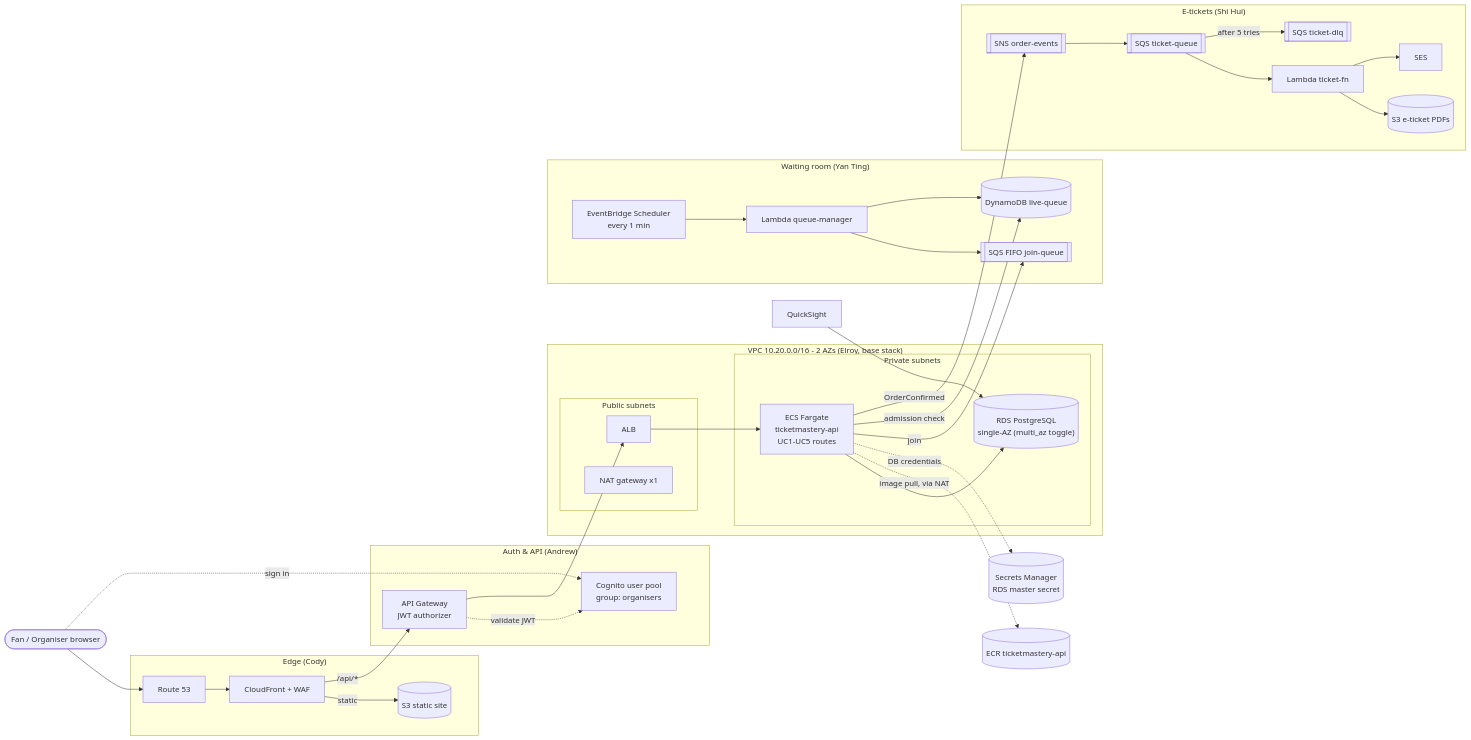
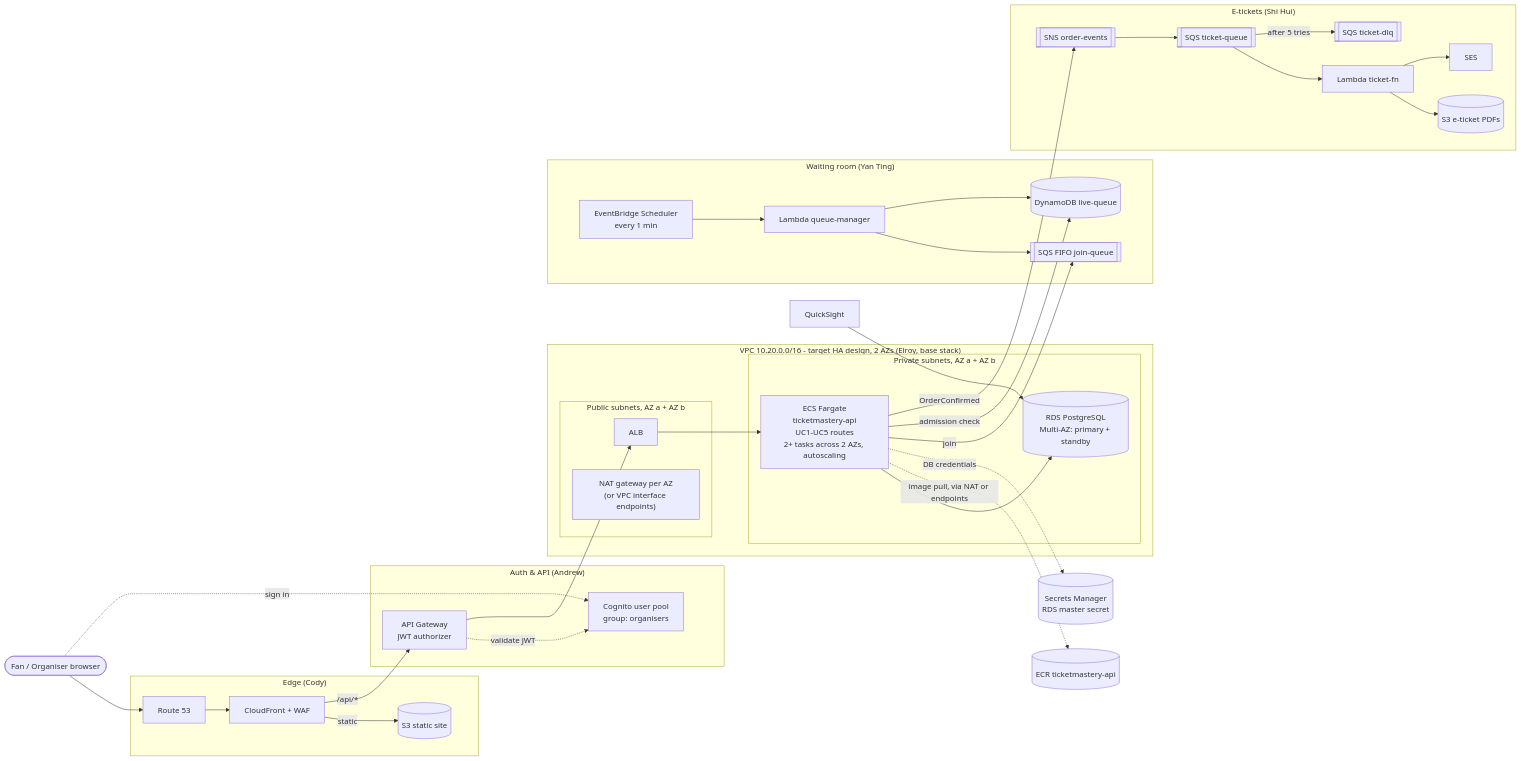
One commit to tayelroy/TicketMastery changed the first of 2 diagrams in docs/architecture.md. Above: the diagram before and after it, drawn with Mermaid. The commit also changed other lines of this file and 4 other files, not shown here.

Commit message:
docs: implementation vs target HA design, instructor feedback, Lambda/VPC note, cost recomputed (~USD 69/mo)

````diff
--- a/docs/architecture.md
+++ b/docs/architecture.md
@@ -15,66 +15,66 @@
 ```mermaid
 flowchart LR
   user([Fan / Organiser browser])
 
   subgraph edge["Edge (Cody)"]
     r53[Route 53]
     cf[CloudFront + WAF]
     s3site[(S3 static site)]
   end
 
   subgraph auth["Auth & API (Andrew)"]
     cognito[Cognito user pool<br/>group: organisers]
     apigw[API Gateway<br/>JWT authorizer]
   end
 
-  subgraph vpc["VPC 10.20.0.0/16 - 2 AZs (Elroy, base stack)"]
-    subgraph pub["Public subnets"]
+  subgraph vpc["VPC 10.20.0.0/16 - target HA design, 2 AZs (Elroy, base stack)"]
+    subgraph pub["Public subnets, AZ a + AZ b"]
       alb[ALB]
-      nat[NAT gateway x1]
+      nat["NAT gateway per AZ<br/>(or VPC interface endpoints)"]
     end
-    subgraph priv["Private subnets"]
-      ecs["ECS Fargate<br/>ticketmastery-api<br/>UC1-UC5 routes"]
-      rds[("RDS PostgreSQL<br/>single-AZ (multi_az toggle)")]
+    subgraph priv["Private subnets, AZ a + AZ b"]
+      ecs["ECS Fargate<br/>ticketmastery-api<br/>UC1-UC5 routes<br/>2+ tasks across 2 AZs, autoscaling"]
+      rds[("RDS PostgreSQL<br/>Multi-AZ: primary + standby")]
     end
   end
 
   subgraph wr["Waiting room (Yan Ting)"]
     sqsfifo[[SQS FIFO join-queue]]
     sched[EventBridge Scheduler<br/>every 1 min]
     qm[Lambda queue-manager]
     ddb[(DynamoDB live-queue)]
   end
 
   subgraph tix["E-tickets (Shi Hui)"]
     sns[[SNS order-events]]
     sqst[[SQS ticket-queue]]
     dlq[[SQS ticket-dlq]]
     tfn[Lambda ticket-fn]
     s3pdf[(S3 e-ticket PDFs)]
     ses[SES]
   end
 
   qs[QuickSight]
   ecr[(ECR ticketmastery-api)]
   sm[(Secrets Manager<br/>RDS master secret)]
 
   user --> r53 --> cf
   cf -->|static| s3site
   cf -->|"/api/*"| apigw
   user -.->|sign in| cognito
   apigw -.->|validate JWT| cognito
   apigw --> alb --> ecs
   ecs --> rds
-  ecs -.->|image pull, via NAT| ecr
+  ecs -.->|image pull, via NAT or endpoints| ecr
   ecs -.->|DB credentials| sm
   ecs -->|join| sqsfifo
   sched --> qm
   qm --> sqsfifo
   qm --> ddb
   ecs -->|admission check| ddb
   ecs -->|OrderConfirmed| sns --> sqst --> tfn
   sqst -->|after 5 tries| dlq
   tfn --> s3pdf
   tfn --> ses
   qs --> rds
 ```
````
